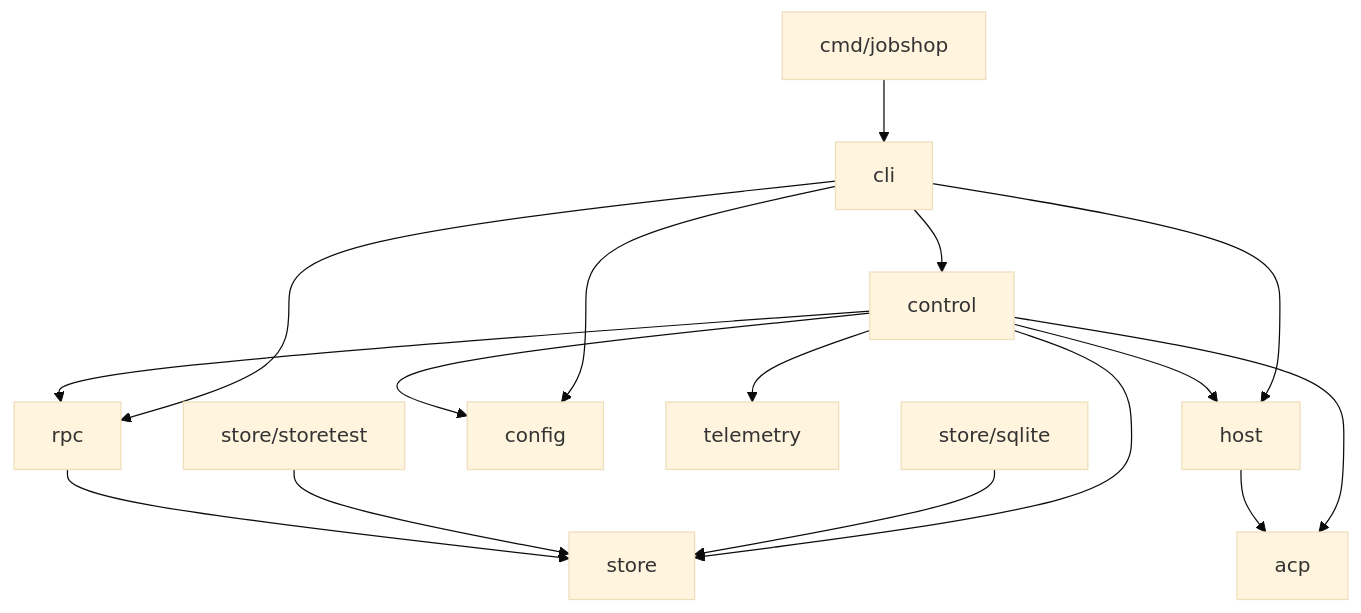
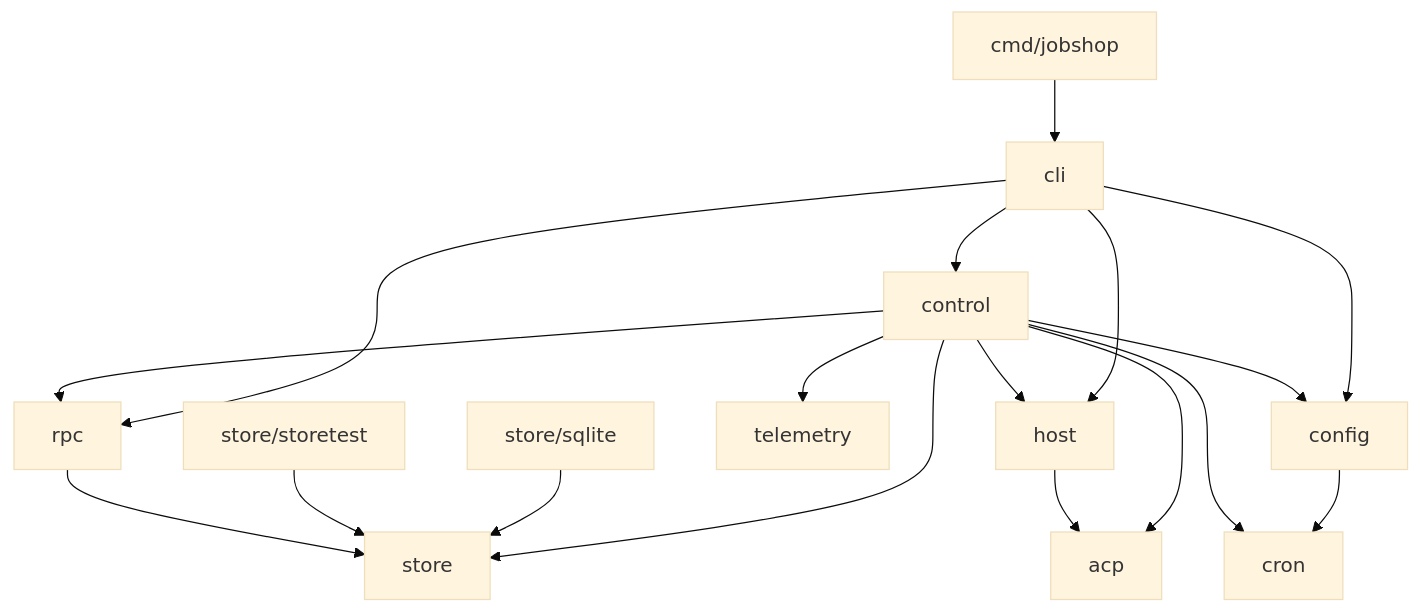
Before and after one commit to elee1766/jobshop: the diagram in docs/layout.md, drawn with Mermaid (base theme). The commit also changed other lines of this file and 16 other files, not shown here.

Commit message:
Triggers: create tickets from store conditions and cron (#26)

````diff
--- a/docs/layout.md
+++ b/docs/layout.md
@@ -57,11 +58,12 @@
 ```mermaid
 flowchart TD
   cmd[cmd/jobshop] --> cli
   cli --> control & host
   cli --> rpc & config
-  control --> store & rpc & config & telemetry & acp & host
+  config --> cron
+  control --> store & rpc & config & telemetry & acp & host & cron
   host --> acp
   sqlite[store/sqlite] --> store
   storetest[store/storetest] --> store
   rpc --> store
 ```
````
